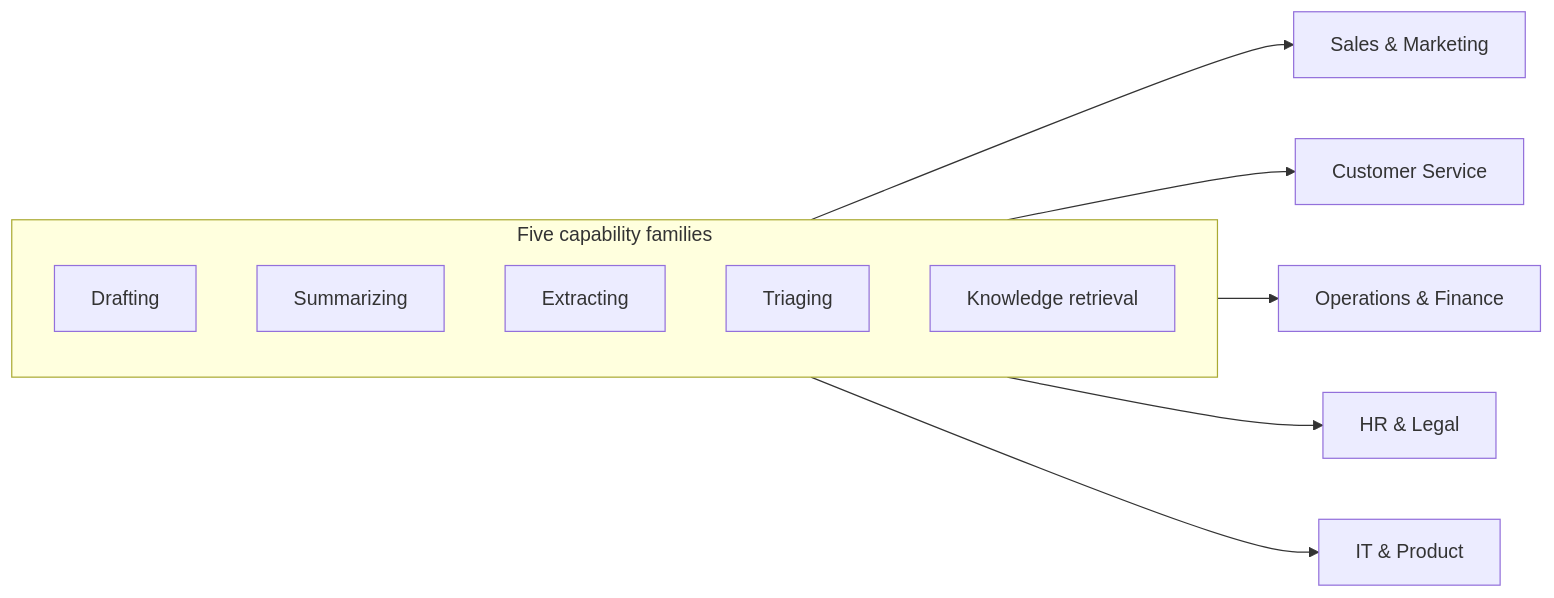
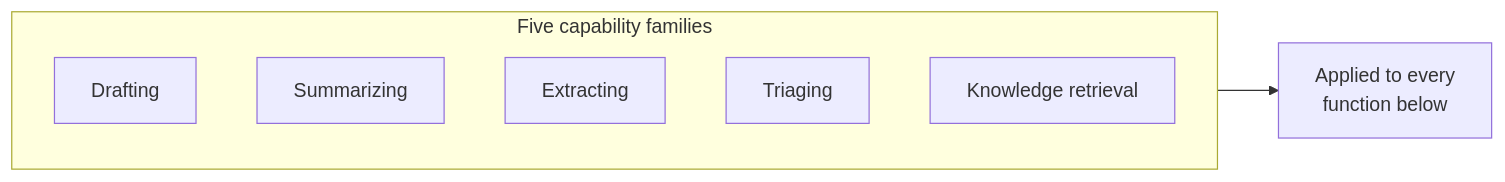
One commit to michem/ai_consulting changed the diagram in content/ai-in-business-functions.md. Above: the diagram before and after it, drawn with Mermaid.

Commit message:
loop: presenter — fix diagram/section mismatch in AI Across Business Functions
The opening flowchart collapsed the article's 9 function sections into
5 mismatched boxes (e.g. "Operations & Finance" as one node, when the
article has separate Operations & Supply Chain and Finance &
Administration sections; Executive & Cross-Functional wasn't
represented at all). A reader scanning the diagram then the headers
hit a mismatch on the very first slide. Simplified the diagram to
show the five capability families flowing into "every function
below" — accurate and consistent with the sections that follow.

````diff
--- a/content/ai-in-business-functions.md
+++ b/content/ai-in-business-functions.md
@@ -16,16 +16,12 @@
 ```mermaid
 flowchart LR
     subgraph FAM["Five capability families"]
         direction TB
         DR["Drafting"]
         SU["Summarizing"]
         EX["Extracting"]
         TR["Triaging"]
         KN["Knowledge retrieval"]
     end
-    FAM --> SA["Sales & Marketing"]
-    FAM --> CS["Customer Service"]
-    FAM --> OP["Operations & Finance"]
-    FAM --> HR["HR & Legal"]
-    FAM --> IT["IT & Product"]
+    FAM --> EVERY["Applied to every<br/>function below"]
 ```
````
